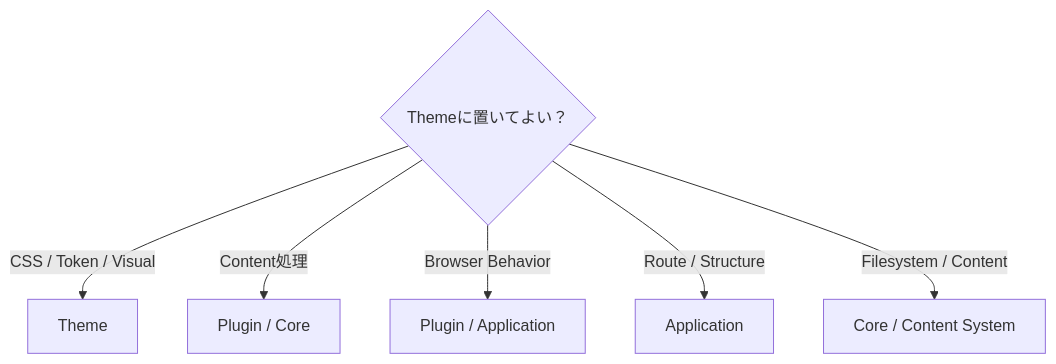
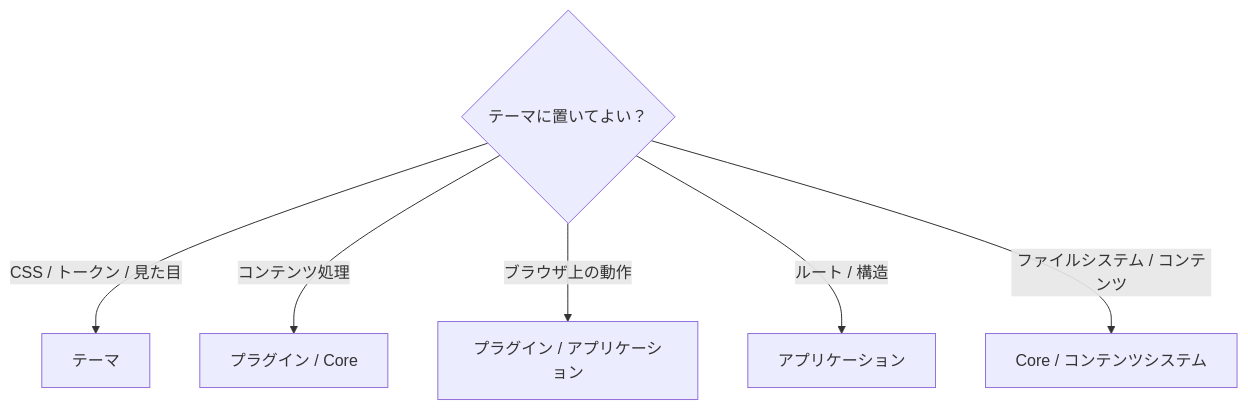
One commit to Rerurate514/riebeckite changed the eighth of 10 diagrams in docs/docs/reference/theme-api.ja.md. Above: the diagram before and after it, drawn with Mermaid. The commit also changed other lines of this file and 310 other files, not shown here.

````diff
--- a/docs/docs/reference/theme-api.ja.md
+++ b/docs/docs/reference/theme-api.ja.md
@@ -917,10 +765,10 @@
 ```mermaid id="qpcxoz"
 flowchart TD
-    Feature{"Themeに置いてよい？"}
+    Feature{"テーマに置いてよい？"}
 
-    Feature -->|"CSS / Token / Visual"| Yes["Theme"]
-    Feature -->|"Content処理"| Plugin["Plugin / Core"]
-    Feature -->|"Browser Behavior"| Client["Plugin / Application"]
-    Feature -->|"Route / Structure"| App["Application"]
-    Feature -->|"Filesystem / Content"| Core["Core / Content System"]
+    Feature -->|"CSS / トークン / 見た目"| Yes["テーマ"]
+    Feature -->|"コンテンツ処理"| Plugin["プラグイン / Core"]
+    Feature -->|"ブラウザ上の動作"| Client["プラグイン / アプリケーション"]
+    Feature -->|"ルート / 構造"| App["アプリケーション"]
+    Feature -->|"ファイルシステム / コンテンツ"| Core["Core / コンテンツシステム"]
 ```
````
